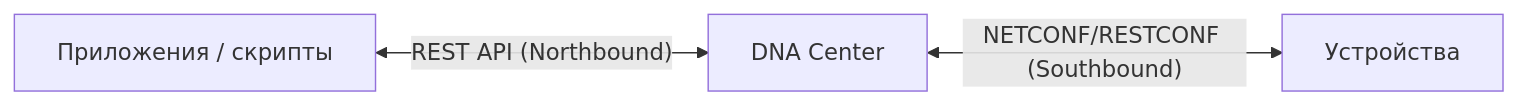
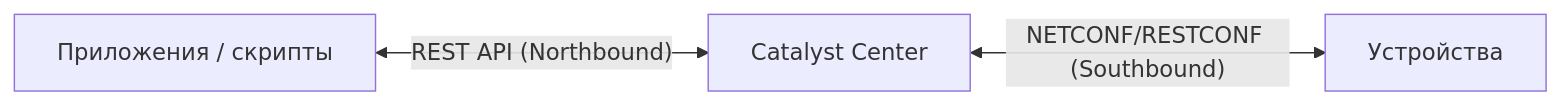
One commit to NickelFace/maks.top changed the second of 2 diagrams in content/posts/ccna/ru/ccna-6-01-sdn.md. Above: the diagram before and after it, drawn with Mermaid. The commit also changed other lines of this file and 94 other files, not shown here.

````diff
--- a/content/posts/ccna/ru/ccna-6-01-sdn.md
+++ b/content/posts/ccna/ru/ccna-6-01-sdn.md
@@ -86,9 +86,9 @@
 ```mermaid
 graph LR
     Apps["Приложения / скрипты"]
-    DNA["DNA Center"]
+    DNA["Catalyst Center"]
     Devices["Устройства"]
 
     Apps <-->|"REST API (Northbound)"| DNA
     DNA <-->|"NETCONF/RESTCONF (Southbound)"| Devices
 ```
````
